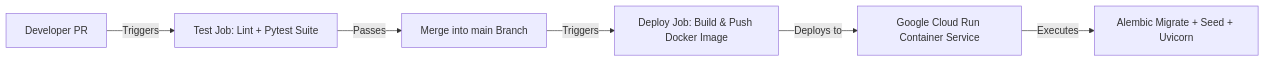
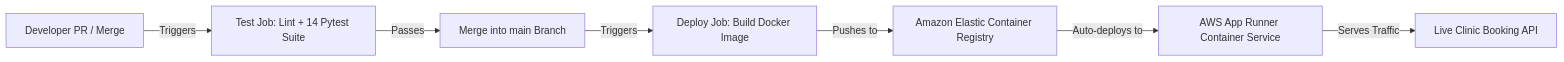
The third of 3 diagrams in README.md (GeraldWambui/savannah-clinic-booking-api), drawn with Mermaid before and after one commit. The commit also changed other lines of this file, not shown here.

Commit message:
docs: document primary AWS App Runner deployment and automated ECR CI/CD

````diff
--- a/README.md
+++ b/README.md
@@ -263,8 +268,9 @@
 ```mermaid
 flowchart LR
-    Dev[Developer PR] --> |Triggers| TestJob[Test Job: Lint + Pytest Suite]
+    Dev[Developer PR / Merge] --> |Triggers| TestJob[Test Job: Lint + 14 Pytest Suite]
     TestJob --> |Passes| PRMerge[Merge into main Branch]
-    PRMerge --> |Triggers| DeployJob[Deploy Job: Build & Push Docker Image]
-    DeployJob --> |Deploys to| CloudRun[Google Cloud Run Container Service]
-    CloudRun --> |Executes| Production[Alembic Migrate + Seed + Uvicorn]
+    PRMerge --> |Triggers| DeployJob[Deploy Job: Build Docker Image]
+    DeployJob --> |Pushes to| ECR[Amazon Elastic Container Registry]
+    ECR --> |Auto-deploys to| AppRunner[AWS App Runner Container Service]
+    AppRunner --> |Serves Traffic| Production[Live Clinic Booking API]
 ```
````
